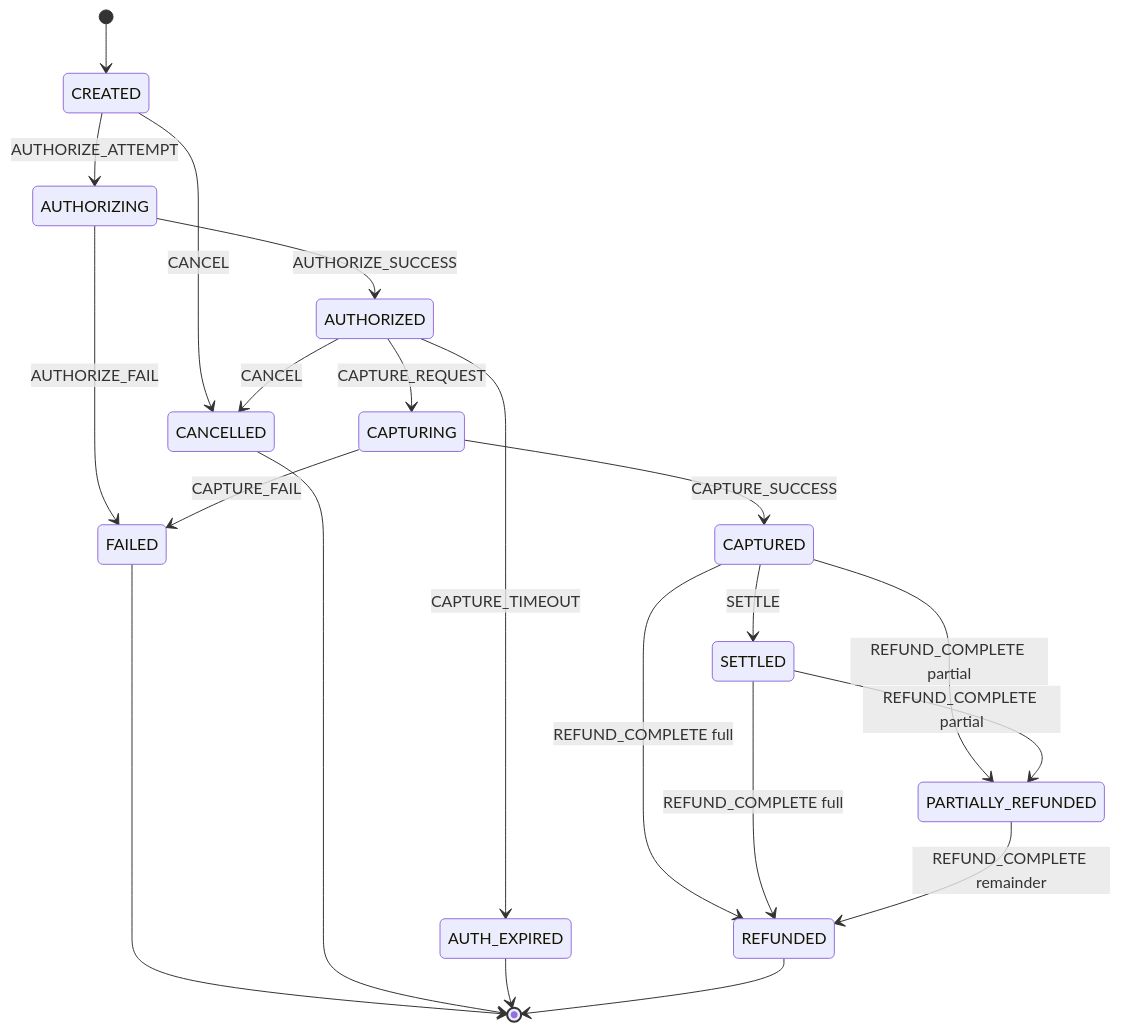
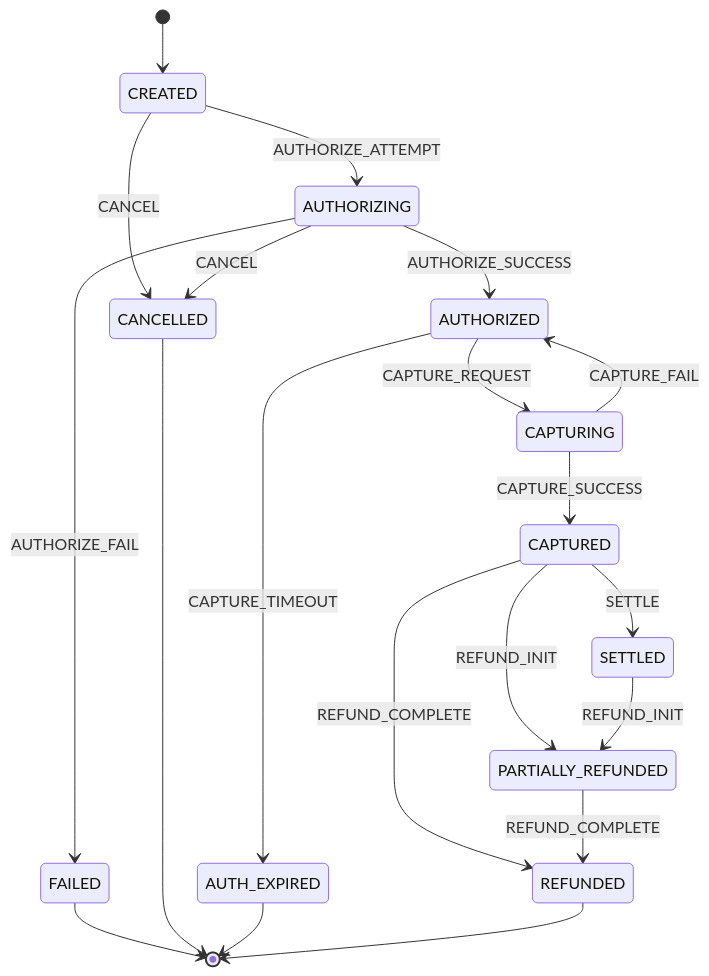
One commit to Divyanshu2805/payflo changed the first of 2 diagrams in docs/domain-vocabulary.md. Above: the diagram before and after it, drawn with Mermaid. The commit also changed other lines of this file and 2 other files, not shown here.

````diff
--- a/docs/domain-vocabulary.md
+++ b/docs/domain-vocabulary.md
@@ -33,23 +47,22 @@
 ```mermaid
 stateDiagram-v2
     [*] --> CREATED
     CREATED --> AUTHORIZING: AUTHORIZE_ATTEMPT
     CREATED --> CANCELLED: CANCEL
     AUTHORIZING --> AUTHORIZED: AUTHORIZE_SUCCESS
     AUTHORIZING --> FAILED: AUTHORIZE_FAIL
+    AUTHORIZING --> CANCELLED: CANCEL
     AUTHORIZED --> CAPTURING: CAPTURE_REQUEST
     AUTHORIZED --> AUTH_EXPIRED: CAPTURE_TIMEOUT
-    AUTHORIZED --> CANCELLED: CANCEL
     CAPTURING --> CAPTURED: CAPTURE_SUCCESS
-    CAPTURING --> FAILED: CAPTURE_FAIL
+    CAPTURING --> AUTHORIZED: CAPTURE_FAIL
     CAPTURED --> SETTLED: SETTLE
-    CAPTURED --> PARTIALLY_REFUNDED: REFUND_COMPLETE partial
-    CAPTURED --> REFUNDED: REFUND_COMPLETE full
-    SETTLED --> PARTIALLY_REFUNDED: REFUND_COMPLETE partial
-    SETTLED --> REFUNDED: REFUND_COMPLETE full
-    PARTIALLY_REFUNDED --> REFUNDED: REFUND_COMPLETE remainder
+    CAPTURED --> PARTIALLY_REFUNDED: REFUND_INIT
+    CAPTURED --> REFUNDED: REFUND_COMPLETE
+    SETTLED --> PARTIALLY_REFUNDED: REFUND_INIT
+    PARTIALLY_REFUNDED --> REFUNDED: REFUND_COMPLETE
     FAILED --> [*]
     CANCELLED --> [*]
     AUTH_EXPIRED --> [*]
     REFUNDED --> [*]
 ```
````
